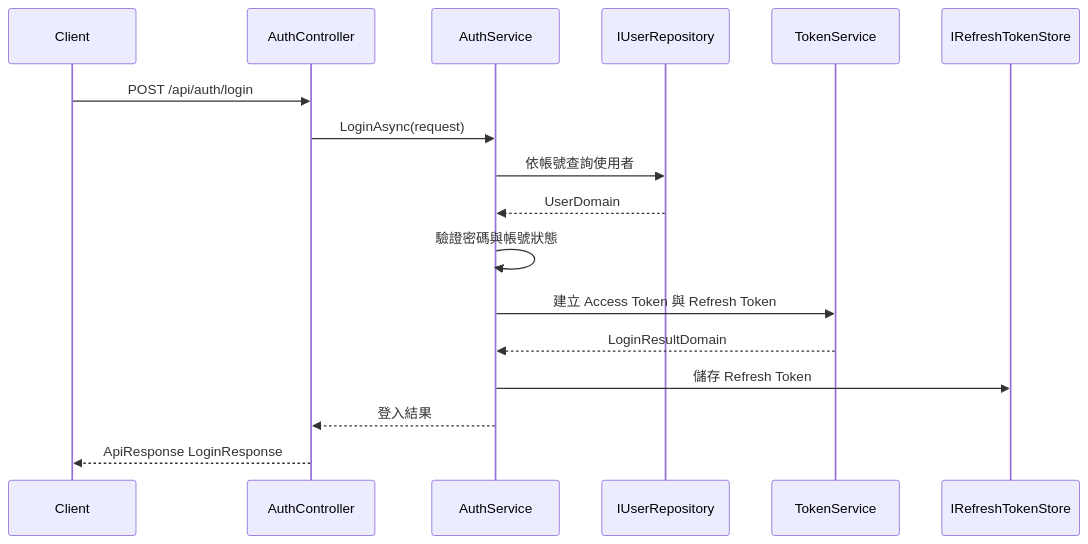
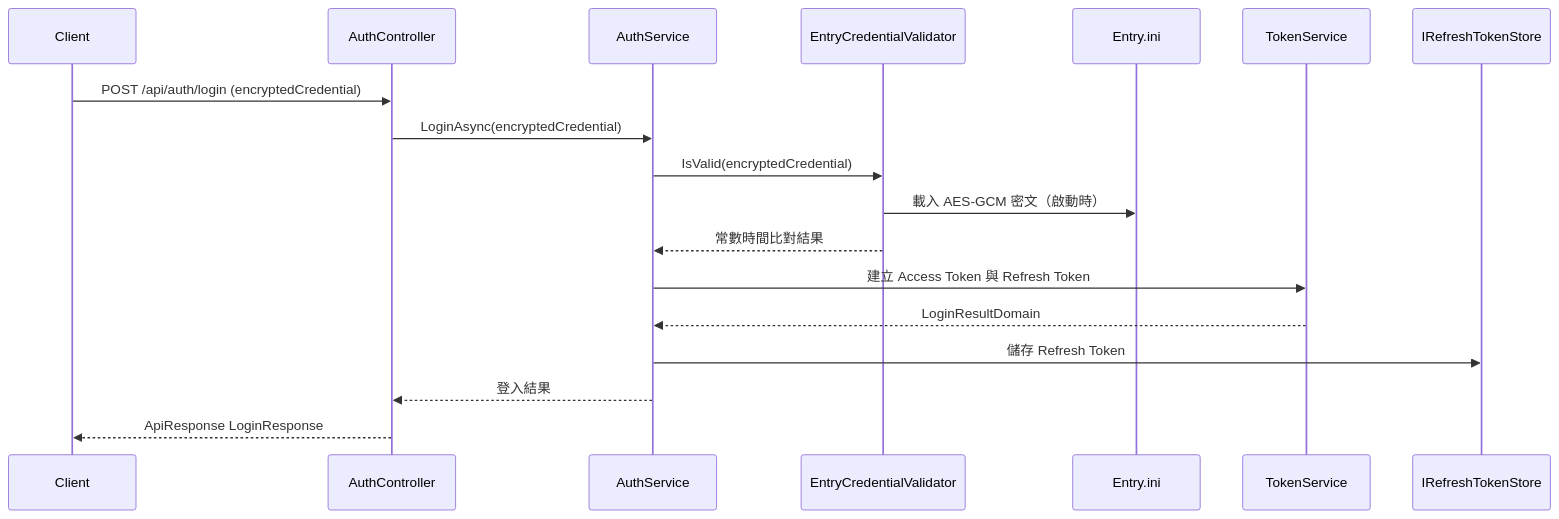
Before and after one commit to rexmax1018/B2B_API: diagram 12 of 20 in README.md, drawn with Mermaid. The commit also changed other lines of this file and 44 other files, not shown here.

Commit message:
Add entry credential authentication and user query API

````diff
--- a/README.md
+++ b/README.md
@@ -447,20 +442,21 @@
 ```mermaid
 sequenceDiagram
     participant Client as Client
     participant Controller as AuthController
     participant Auth as AuthService
-    participant Repo as IUserRepository
+    participant Credential as EntryCredentialValidator
+    participant Entry as Entry.ini
     participant Token as TokenService
     participant Store as IRefreshTokenStore
 
-    Client->>Controller: POST /api/auth/login
-    Controller->>Auth: LoginAsync(request)
-    Auth->>Repo: 依帳號查詢使用者
-    Repo-->>Auth: UserDomain
-    Auth->>Auth: 驗證密碼與帳號狀態
+    Client->>Controller: POST /api/auth/login (encryptedCredential)
+    Controller->>Auth: LoginAsync(encryptedCredential)
+    Auth->>Credential: IsValid(encryptedCredential)
+    Credential->>Entry: 載入 AES-GCM 密文（啟動時）
+    Credential-->>Auth: 常數時間比對結果
     Auth->>Token: 建立 Access Token 與 Refresh Token
     Token-->>Auth: LoginResultDomain
     Auth->>Store: 儲存 Refresh Token
     Auth-->>Controller: 登入結果
     Controller-->>Client: ApiResponse LoginResponse
 ```
````
